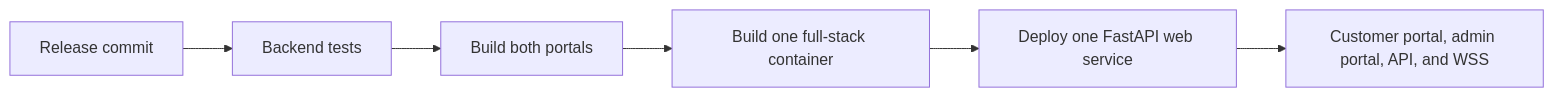
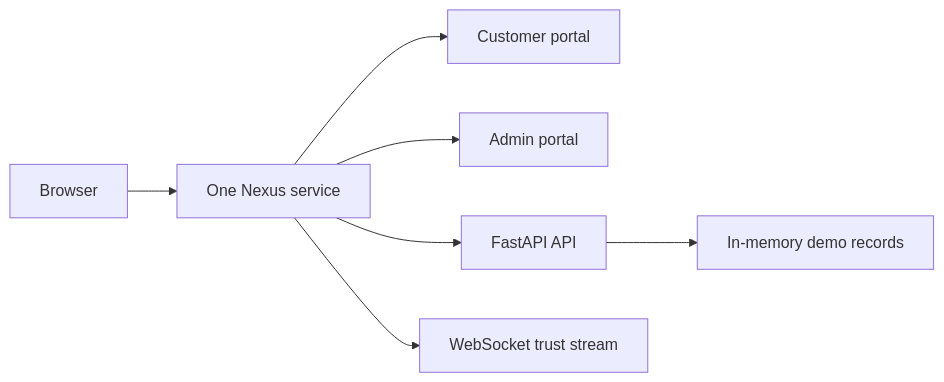
The diagram in README.md (Prashant44-cell/Nexus), drawn with Mermaid before and after one commit. The commit also changed other lines of this file and 8 other files, not shown here.

Commit message:
docs: rewrite full-stack deployment guide

````diff
--- a/README.md
+++ b/README.md
@@ -513,8 +19,9 @@
 ```mermaid
 flowchart LR
-    RELEASE[Release commit] --> TEST[Backend tests]
-    TEST --> BUILD[Build both portals]
-    BUILD --> CONTAINER[Build one full-stack container]
-    CONTAINER --> HOST[Deploy one FastAPI web service]
-    HOST --> PORTALS[Customer portal, admin portal, API, and WSS]
+    Browser[Browser] --> App[One Nexus service]
+    App --> Customer[Customer portal]
+    App --> Admin[Admin portal]
+    App --> API[FastAPI API]
+    App --> Trust[WebSocket trust stream]
+    API --> Demo[In-memory demo records]
 ```
````
